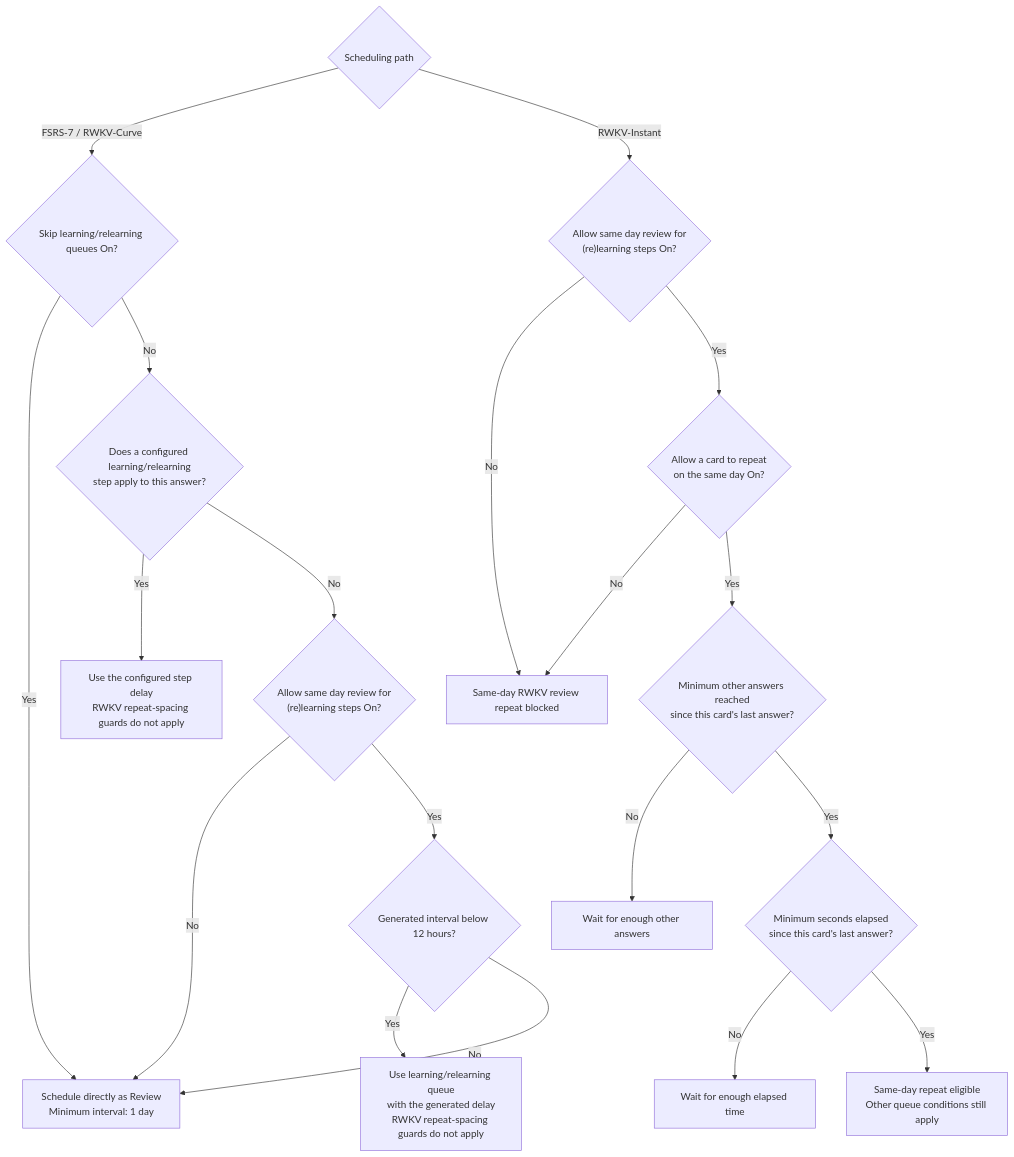
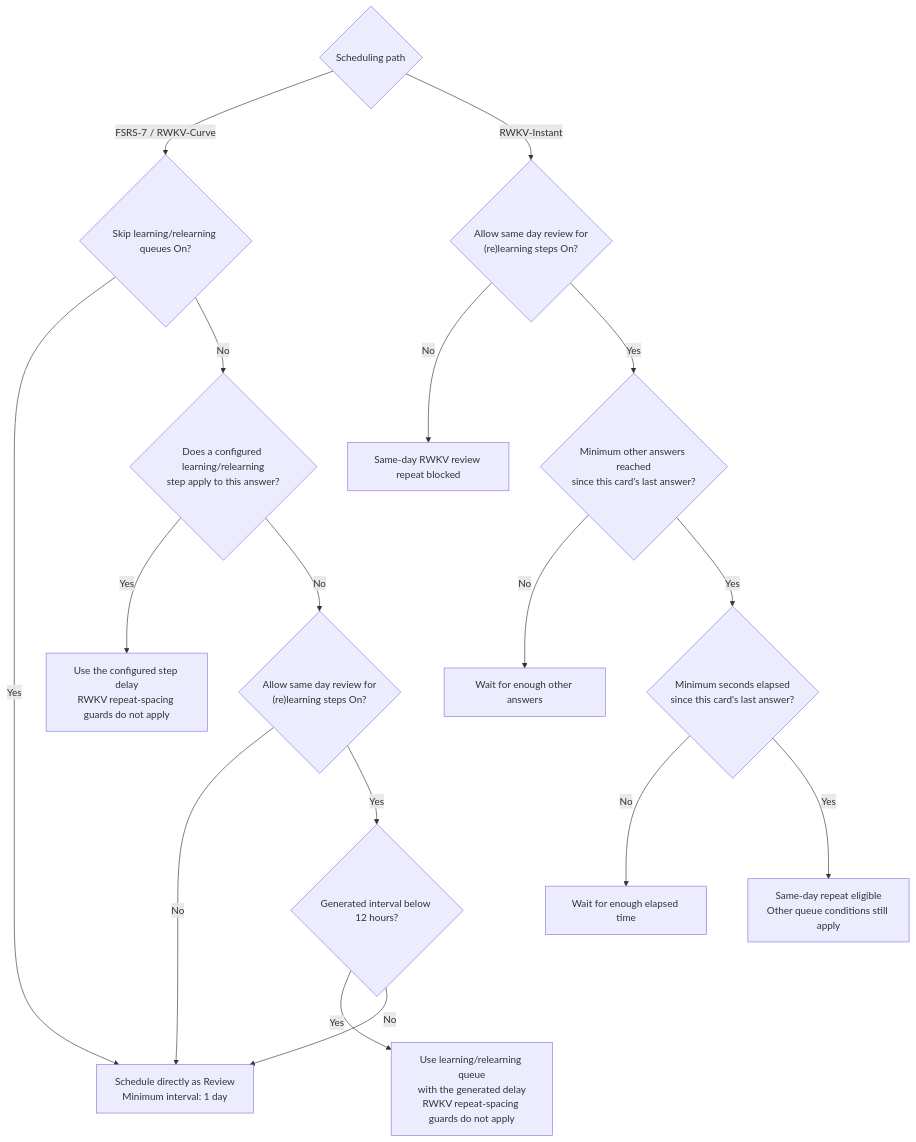
Before and after one commit to JSchoreels/anki: the diagram in RWKV_FAQ.md, drawn with Mermaid. The commit also changed other lines of this file and 15 other files, not shown here.

Commit message:
Modernize RWKV repeat spacing and share same-day control

````diff
--- a/RWKV_FAQ.md
+++ b/RWKV_FAQ.md
@@ -274,24 +276,22 @@
 ```mermaid
 flowchart TD
     A{"Scheduling path"}
 
     A -->|FSRS-7 / RWKV-Curve| B{"Skip learning/relearning queues On?"}
     B -->|Yes| C["Schedule directly as Review<br/>Minimum interval: 1 day"]
     B -->|No| D{"Does a configured learning/relearning<br/>step apply to this answer?"}
     D -->|Yes| E["Use the configured step delay<br/>RWKV repeat-spacing guards do not apply"]
     D -->|No| F{"Allow same day review for<br/>(re)learning steps On?"}
     F -->|No| C
     F -->|Yes| G{"Generated interval below 12 hours?"}
     G -->|Yes| H["Use learning/relearning queue<br/>with the generated delay<br/>RWKV repeat-spacing guards do not apply"]
     G -->|No| C
 
     A -->|RWKV-Instant| I{"Allow same day review for<br/>(re)learning steps On?"}
     I -->|No| J["Same-day RWKV review repeat blocked"]
-    I -->|Yes| K{"Allow a card to repeat<br/>on the same day On?"}
-    K -->|No| J
-    K -->|Yes| L{"Minimum other answers reached<br/>since this card's last answer?"}
+    I -->|Yes| L{"Minimum other answers reached<br/>since this card's last answer?"}
     L -->|No| M["Wait for enough other answers"]
     L -->|Yes| N{"Minimum seconds elapsed<br/>since this card's last answer?"}
     N -->|No| O["Wait for enough elapsed time"]
     N -->|Yes| P["Same-day repeat eligible<br/>Other queue conditions still apply"]
 ```
````
